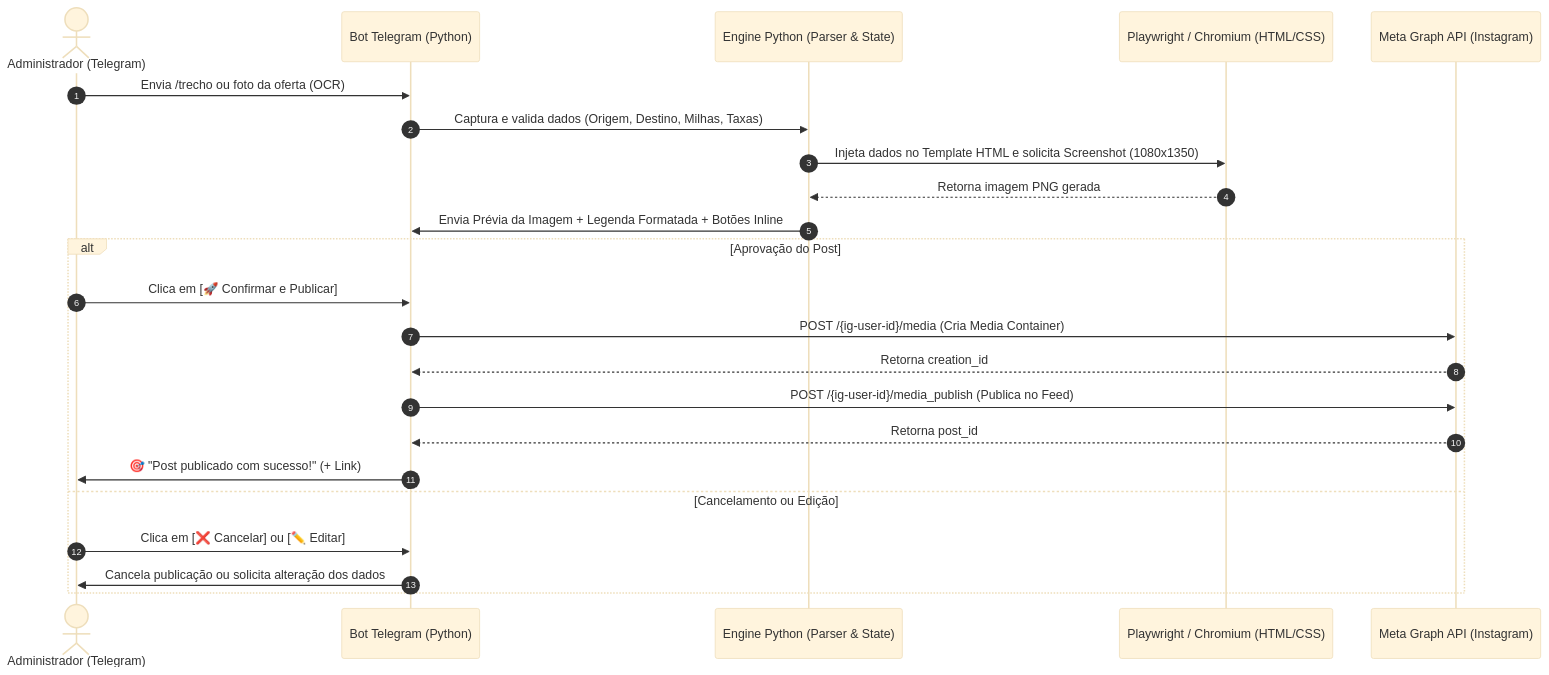
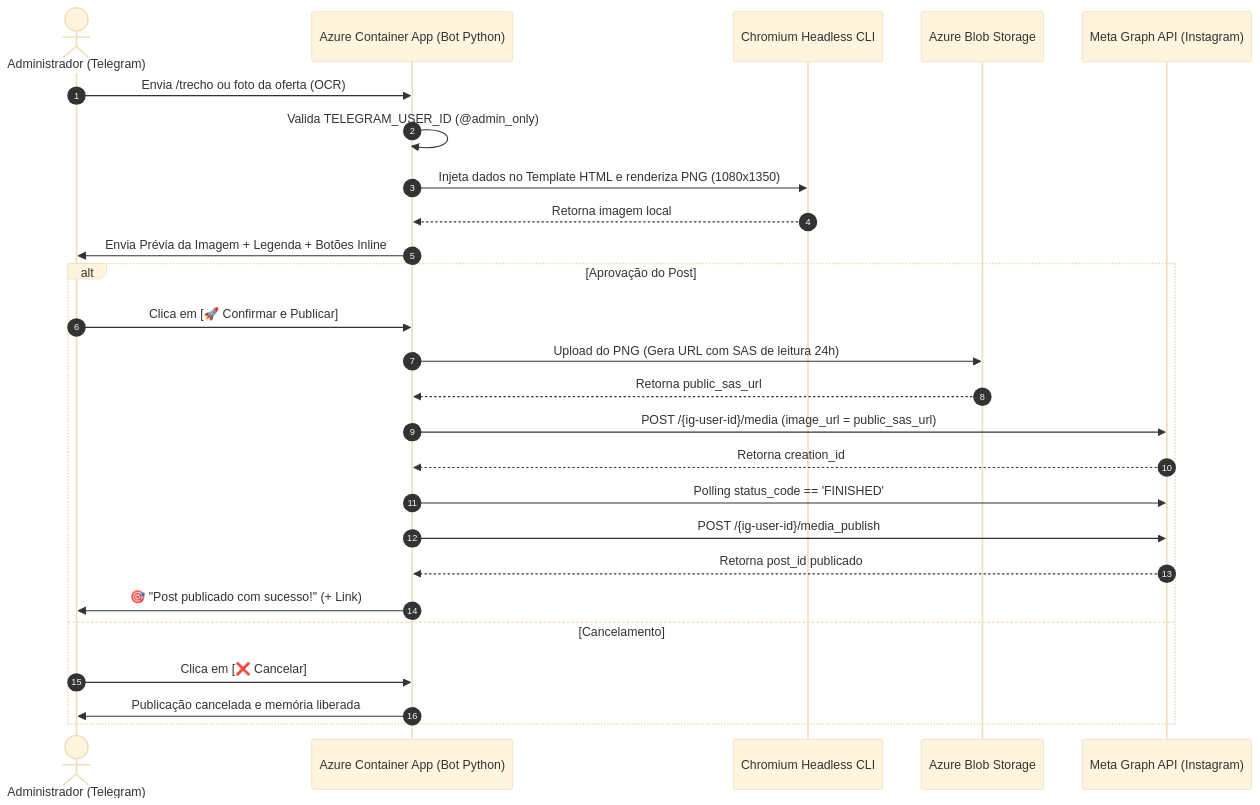
Before and after one commit to saireshub/passageiro100milhas-bot: the diagram in docs/ARCHITECTURE.md, drawn with Mermaid (base theme). The commit also changed other lines of this file and 2 other files, not shown here.

Commit message:
docs: atualiza arquitetura, memoria e tarefas com deploy final no Azure Container Apps

````diff
--- a/docs/ARCHITECTURE.md
+++ b/docs/ARCHITECTURE.md
@@ -23,27 +26,30 @@
 ```mermaid
 sequenceDiagram
     autonumber
     actor Admin as Administrador (Telegram)
-    participant Bot as Bot Telegram (Python)
-    participant Core as Engine Python (Parser & State)
-    participant Renderer as Playwright / Chromium (HTML/CSS)
+    participant Bot as Azure Container App (Bot Python)
+    participant Renderer as Chromium Headless CLI
+    participant Storage as Azure Blob Storage
     participant Meta as Meta Graph API (Instagram)
 
     Admin->>Bot: Envia /trecho ou foto da oferta (OCR)
-    Bot->>Core: Captura e valida dados (Origem, Destino, Milhas, Taxas)
-    Core->>Renderer: Injeta dados no Template HTML e solicita Screenshot (1080x1350)
-    Renderer-->>Core: Retorna imagem PNG gerada
-    Core->>Bot: Envia Prévia da Imagem + Legenda Formatada + Botões Inline
+    Bot->>Bot: Valida TELEGRAM_USER_ID (@admin_only)
+    Bot->>Renderer: Injeta dados no Template HTML e renderiza PNG (1080x1350)
+    Renderer-->>Bot: Retorna imagem local
+    Bot->>Admin: Envia Prévia da Imagem + Legenda + Botões Inline
     
     alt Aprovação do Post
         Admin->>Bot: Clica em [🚀 Confirmar e Publicar]
-        Bot->>Meta: POST /{ig-user-id}/media (Cria Media Container)
+        Bot->>Storage: Upload do PNG (Gera URL com SAS de leitura 24h)
+        Storage-->>Bot: Retorna public_sas_url
+        Bot->>Meta: POST /{ig-user-id}/media (image_url = public_sas_url)
         Meta-->>Bot: Retorna creation_id
-        Bot->>Meta: POST /{ig-user-id}/media_publish (Publica no Feed)
-        Meta-->>Bot: Retorna post_id
+        Bot->>Meta: Polling status_code == 'FINISHED'
+        Bot->>Meta: POST /{ig-user-id}/media_publish
+        Meta-->>Bot: Retorna post_id publicado
         Bot->>Admin: 🎯 "Post publicado com sucesso!" (+ Link)
-    else Cancelamento ou Edição
-        Admin->>Bot: Clica em [❌ Cancelar] ou [✏️ Editar]
-        Bot->>Admin: Cancela publicação ou solicita alteração dos dados
+    else Cancelamento
+        Admin->>Bot: Clica em [❌ Cancelar]
+        Bot->>Admin: Publicação cancelada e memória liberada
     end
 ```
````
